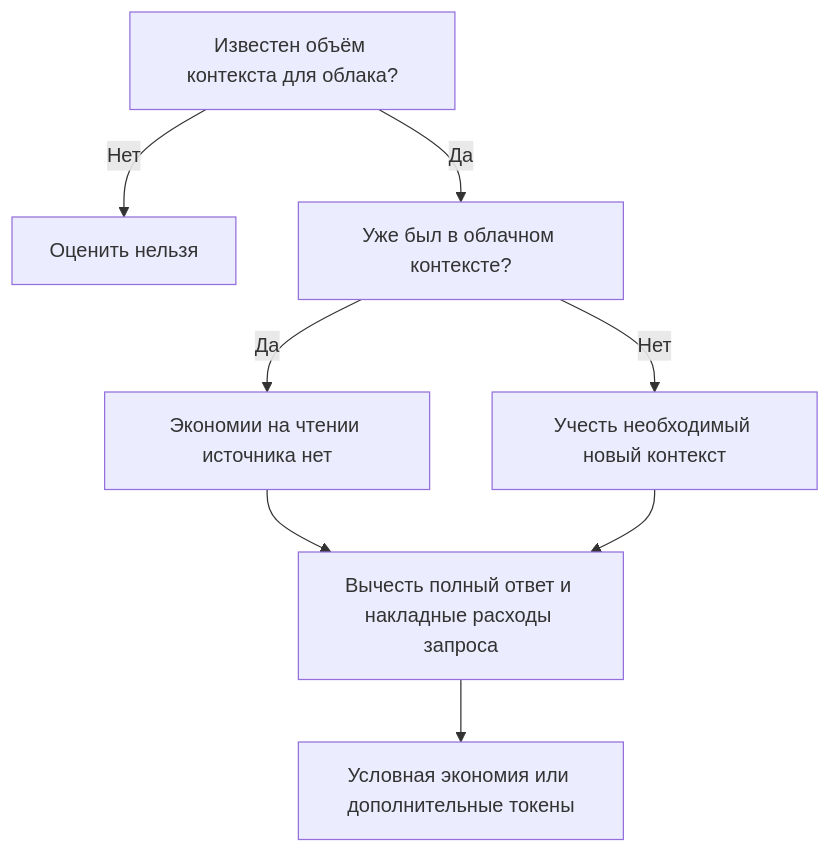
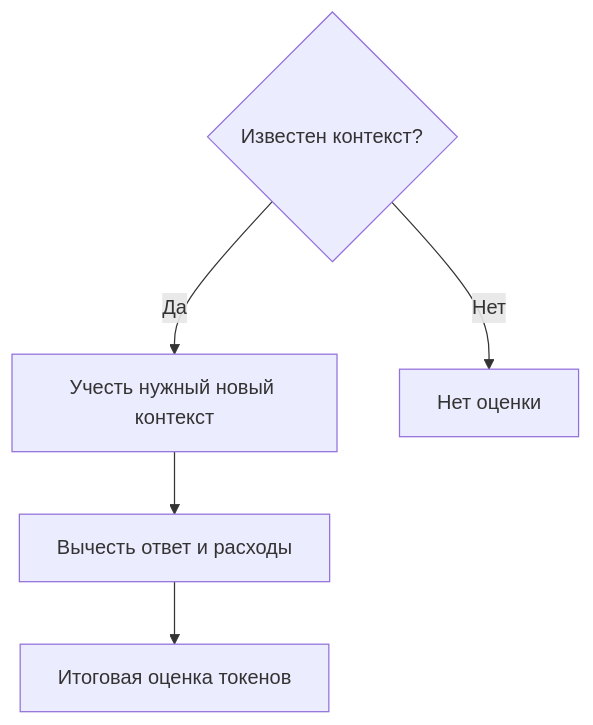
Before and after one commit to MrAliev/local-ai-toolkit: the diagram in docs/wiki/Token-estimates.ru.md, drawn with Mermaid. The commit also changed other lines of this file and 14 other files, not shown here.

````diff
--- a/docs/wiki/Token-estimates.ru.md
+++ b/docs/wiki/Token-estimates.ru.md
@@ -11,10 +11,7 @@
 ```mermaid
-flowchart TD
-  task["Известен объём контекста для облака?"] -->|Нет| unknown["Оценить нельзя"]
-  task -->|Да| seen["Уже был в облачном контексте?"]
-  seen -->|Да| zero["Экономии на чтении источника нет"]
-  seen -->|Нет| credit["Учесть необходимый новый контекст"]
-  zero --> cost["Вычесть полный ответ и накладные расходы запроса"]
-  credit --> cost
-  cost --> result["Условная экономия или дополнительные токены"]
+flowchart TB
+  task{"Известен контекст?"} -->|Да| credit["Учесть нужный новый контекст"]
+  task -->|Нет| unknown["Нет оценки"]
+  credit --> cost["Вычесть ответ и расходы"]
+  cost --> result["Итоговая оценка токенов"]
 ```
````
